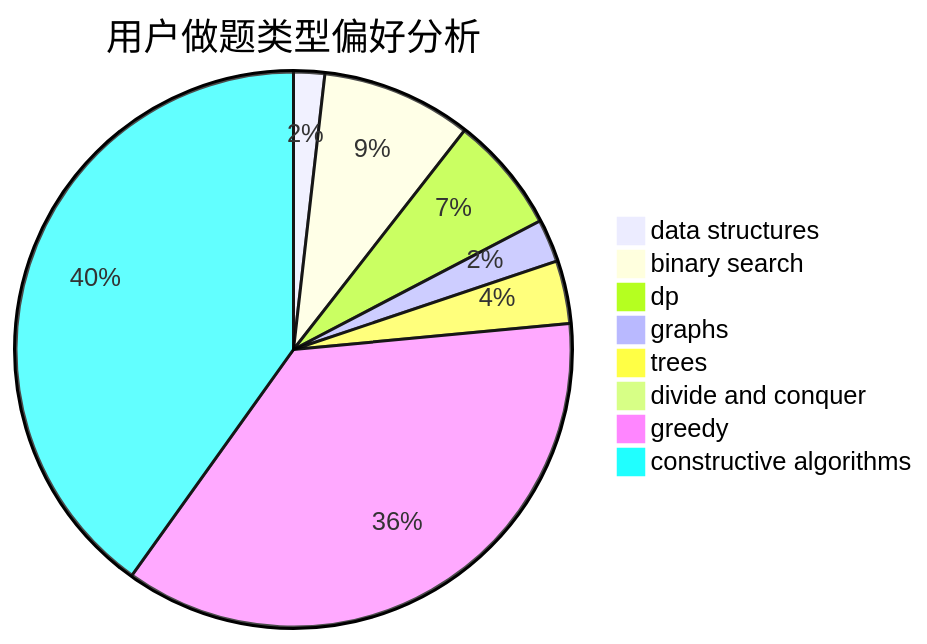
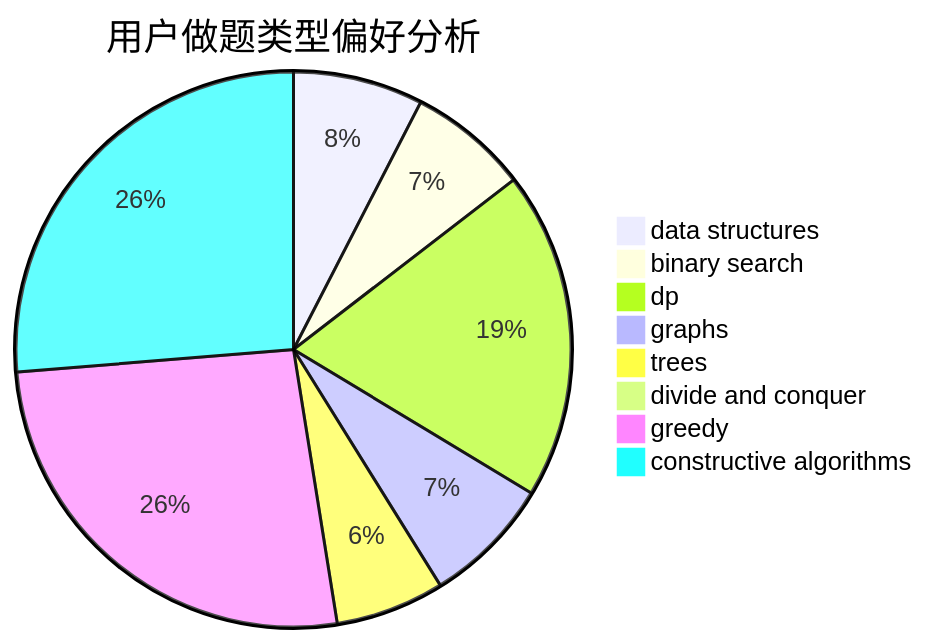
The second of 3 diagrams in docs/user/u1510.md (sherpahu/cfrs.github.io), drawn with Mermaid before and after one commit. The commit also changed other lines of this file and 2770 other files, not shown here.

````diff
--- a/docs/user/u1510.md
+++ b/docs/user/u1510.md
@@ -23,11 +23,11 @@
 ```mermaid
 pie title 用户做题类型偏好分析
-    "data structures" :  42
-    "binary search" :  203
-    "dp" :  158
-    "graphs" :  58
-    "trees" :  85
-    "divide and conquer" :  12
-    "greedy" :  845
-    "constructive algorithms" :  932
+    "data structures" :  105
+    "binary search" :  97
+    "dp" :  265
+    "graphs" :  104
+    "trees" :  88
+    "divide and conquer" :  3
+    "greedy" :  364
+    "constructive algorithms" :  365
 ```
````
